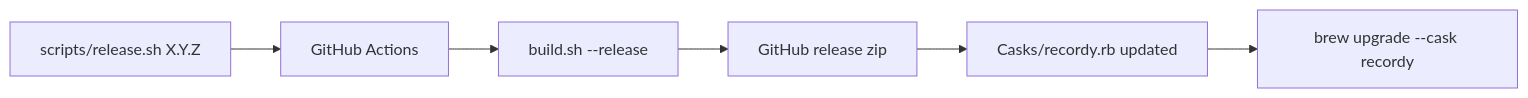
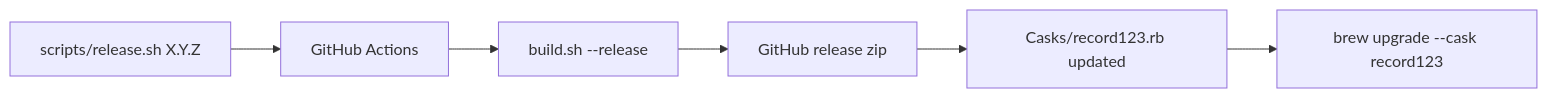
Before and after one commit to funivan/record123: the diagram in docs/RELEASING.md, drawn with Mermaid. The commit also changed other lines of this file and 41 other files, not shown here.

Commit message:
Rename Recordy to Record123

````diff
--- a/docs/RELEASING.md
+++ b/docs/RELEASING.md
@@ -5,8 +5,8 @@
 ```mermaid
 flowchart LR
     tag[scripts/release.sh X.Y.Z] --> ci[GitHub Actions]
     ci --> build[build.sh --release]
     build --> rel[GitHub release zip]
-    rel --> cask[Casks/recordy.rb updated]
-    cask --> brew[brew upgrade --cask recordy]
+    rel --> cask[Casks/record123.rb updated]
+    cask --> brew[brew upgrade --cask record123]
 ```
````
